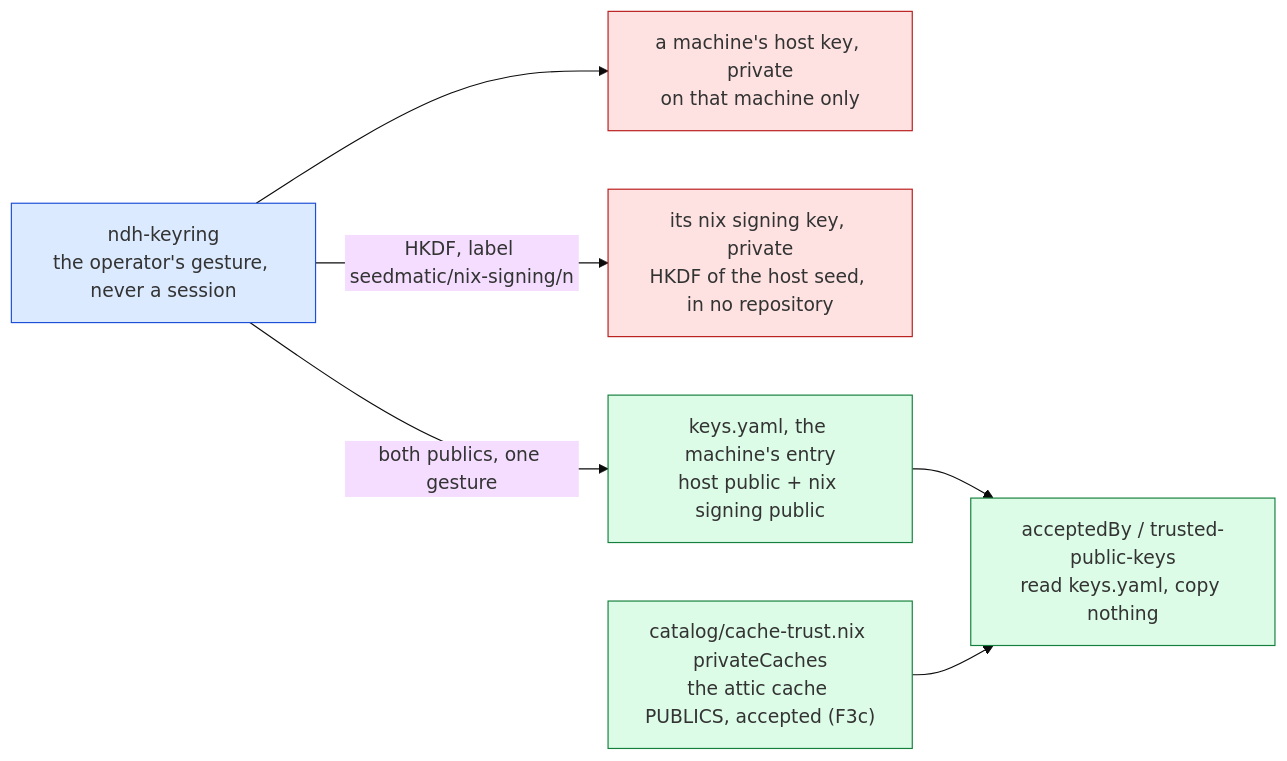
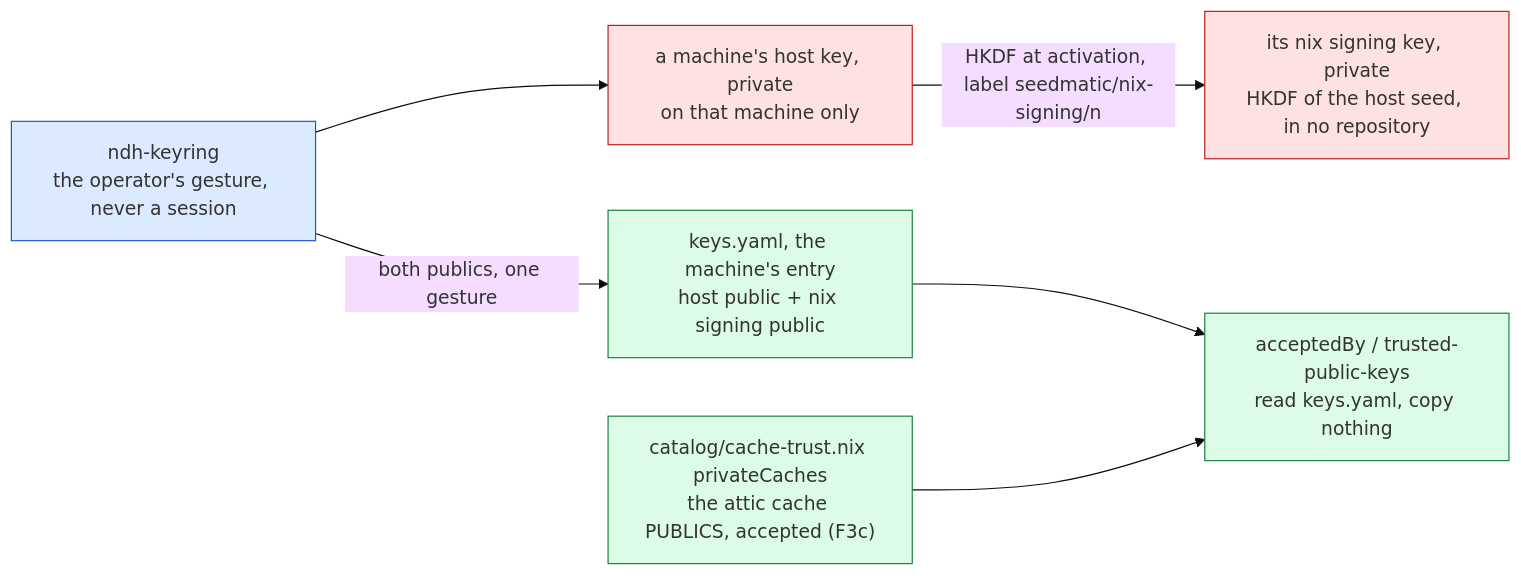
The seventh of 15 diagrams in docs/private-binary-cache-spec.adoc (seedmatic/ndh), drawn with Mermaid (base theme) before and after one commit. The commit also changed other lines of this file, not shown here.

```diff
--- a/docs/private-binary-cache-spec.adoc
+++ b/docs/private-binary-cache-spec.adoc
@@ -885,22 +914,22 @@
 [mermaid]
 ....
 flowchart LR
   KR["ndh-keyring<br/>the operator's gesture, never a session"]
   HK["a machine's host key, private<br/>on that machine only"]
   NP["its nix signing key, private<br/>HKDF of the host seed, in no repository"]
   KY["keys.yaml, the machine's entry<br/>host public + nix signing public"]
   CT["catalog/cache-trust.nix privateCaches<br/>the attic cache PUBLICS, accepted (F3c)"]
   CAT["acceptedBy / trusted-public-keys<br/>read keys.yaml, copy nothing"]
   KR --> HK
-  KR -->|"HKDF, label seedmatic/nix-signing/n"| NP
+  HK -->|"HKDF at activation, label seedmatic/nix-signing/n"| NP
   KR -->|"both publics, one gesture"| KY
   KY --> CAT
   CT --> CAT
 
   classDef secret fill:#fee2e2,stroke:#b91c1c
   classDef record fill:#dcfce7,stroke:#15803d
   classDef tool fill:#dbeafe,stroke:#1d4ed8
   class HK,NP secret
   class KY,CT,CAT record
   class KR tool
 ....
```
